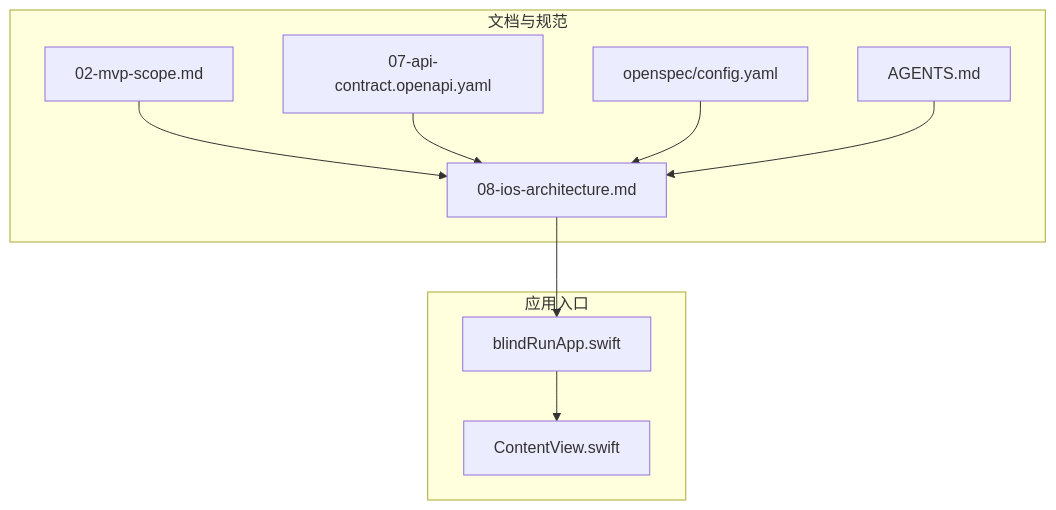
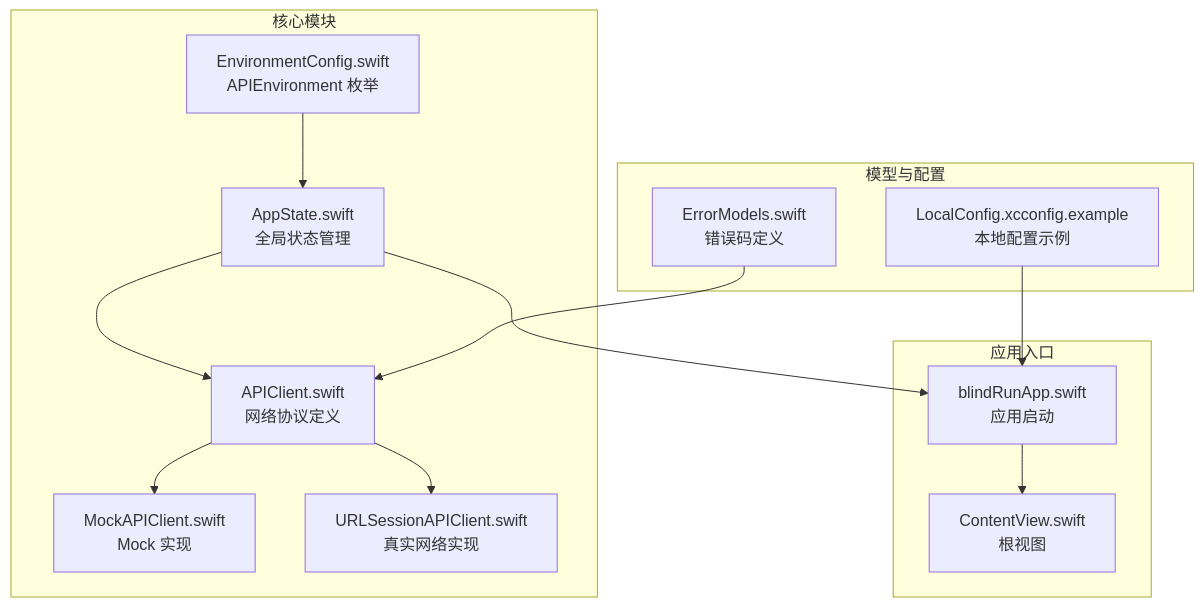
The first of 6 diagrams in .qoder/repowiki/zh/content/架构设计/API 环境配置.md (Jayden23018/blind-run-ios), drawn with Mermaid before and after one commit. The commit also changed other lines of this file and 35 other files, not shown here.

Commit message:
Implement backend auth and role-switch flow

````diff
--- a/.qoder/repowiki/zh/content/架构设计/API 环境配置.md
+++ b/.qoder/repowiki/zh/content/架构设计/API 环境配置.md
@@ -41,20 +45,26 @@
 ```mermaid
 graph TB
+subgraph "核心模块"
+A["EnvironmentConfig.swift<br/>APIEnvironment 枚举"]
+B["AppState.swift<br/>全局状态管理"]
+C["APIClient.swift<br/>网络协议定义"]
+D["MockAPIClient.swift<br/>Mock 实现"]
+E["URLSessionAPIClient.swift<br/>真实网络实现"]
+end
 subgraph "应用入口"
-A["blindRunApp.swift"]
-B["ContentView.swift"]
+F["blindRunApp.swift<br/>应用启动"]
+G["ContentView.swift<br/>根视图"]
 end
-subgraph "文档与规范"
-D["08-ios-architecture.md"]
-E["02-mvp-scope.md"]
-F["07-api-contract.openapi.yaml"]
-G["openspec/config.yaml"]
-H["AGENTS.md"]
+subgraph "模型与配置"
+H["ErrorModels.swift<br/>错误码定义"]
+I["LocalConfig.xcconfig.example<br/>本地配置示例"]
 end
 A --> B
-D --> A
-E --> D
-F --> D
-G --> D
-H --> D
+B --> C
+C --> D
+C --> E
+F --> G
+B --> F
+H --> C
+I --> F
 ```
````
